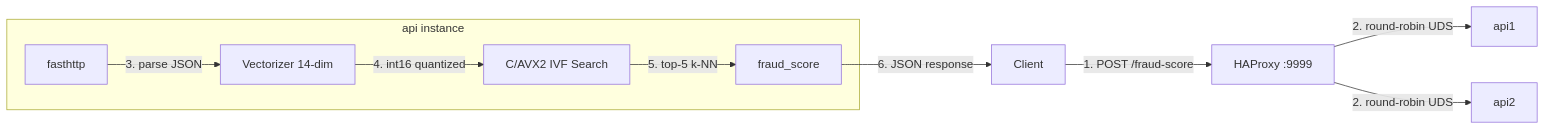
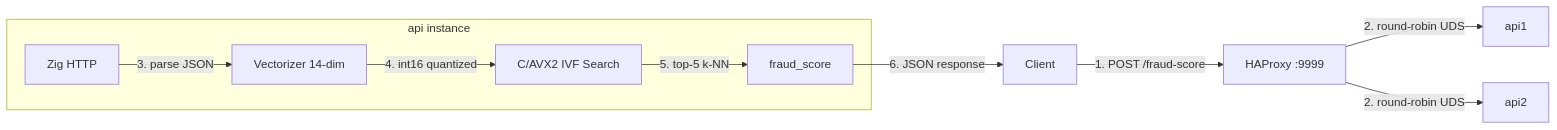
Before and after one commit to macedot/rinha-2026-zig: the diagram in README.md, drawn with Mermaid. The commit also changed other lines of this file and 64 other files, not shown here.

````diff
--- a/README.md
+++ b/README.md
@@ -111,12 +112,12 @@
 ```mermaid
 flowchart LR
     Client[Client] -->|1. POST /fraud-score| HAProxy[HAProxy :9999]
     HAProxy -->|2. round-robin UDS| API1[api1]
     HAProxy -->|2. round-robin UDS| API2[api2]
     subgraph api [api instance]
-        HTTP[fasthttp] -->|3. parse JSON| VEC[Vectorizer 14-dim]
+        HTTP[Zig HTTP] -->|3. parse JSON| VEC[Vectorizer 14-dim]
         VEC -->|4. int16 quantized| IVF[C/AVX2 IVF Search]
         IVF -->|5. top-5 k-NN| SCORE[fraud_score]
     end
     SCORE -->|6. JSON response| Client
 ```
````
